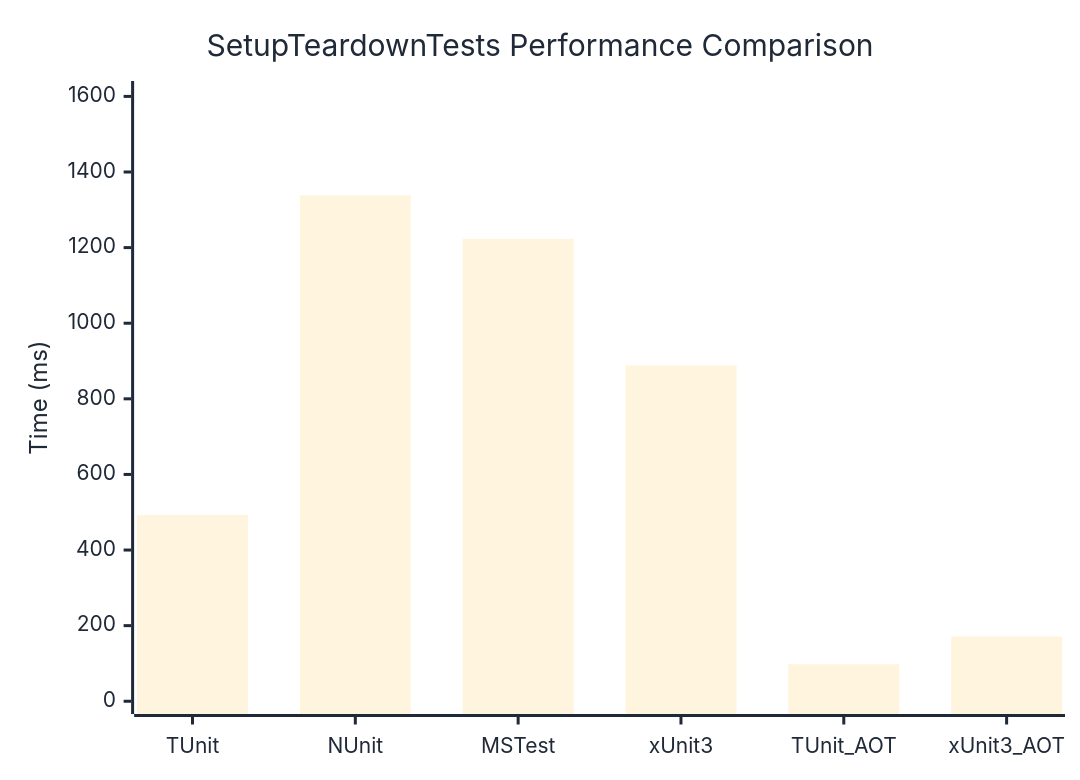
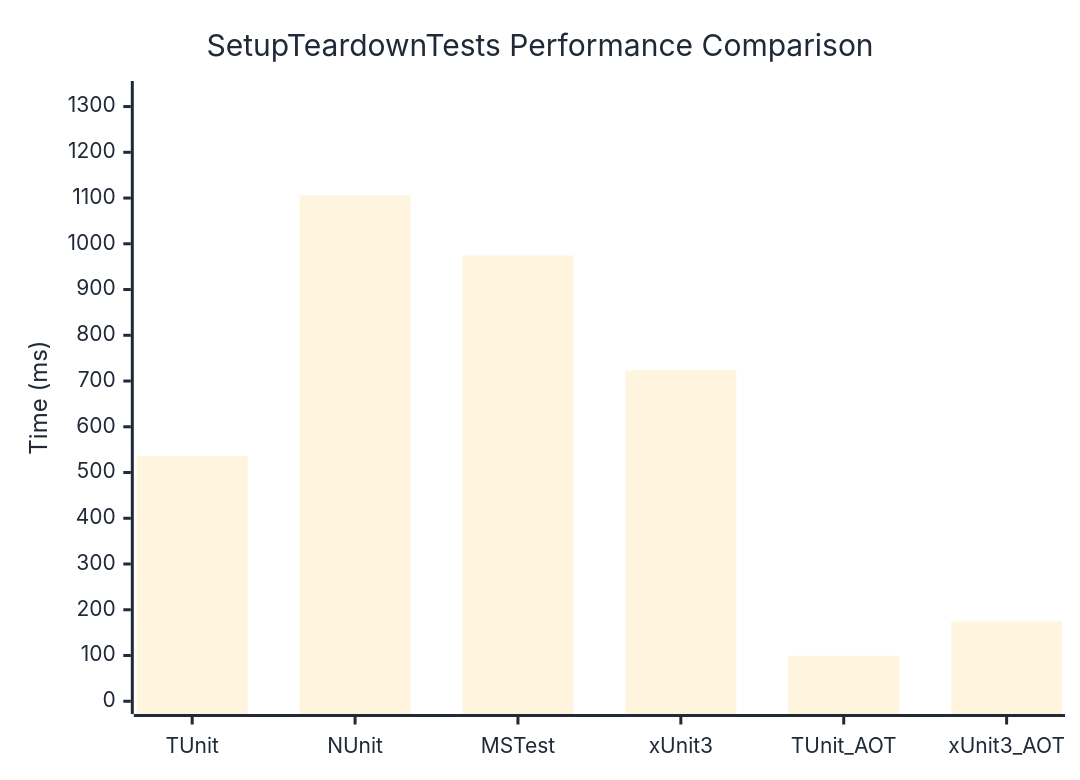
Before and after one commit to thomhurst/TUnit: the diagram in docs/docs/benchmarks/engine/SetupTeardownTests.md, drawn with Mermaid. The commit also changed other lines of this file and 17 other files, not shown here.

````diff
--- a/docs/docs/benchmarks/engine/SetupTeardownTests.md
+++ b/docs/docs/benchmarks/engine/SetupTeardownTests.md
@@ -30,37 +30,37 @@
 ```mermaid
 %%{init: {
   'theme':'base',
   'themeVariables': {
     'primaryColor': '#2563eb',
     'primaryTextColor': '#1f2937',
     'primaryBorderColor': '#1e40af',
     'lineColor': '#6b7280',
     'secondaryColor': '#7c3aed',
     'tertiaryColor': '#dc2626',
     'background': '#ffffff',
     'mainBkg': '#2563eb',
     'secondBkg': '#7c3aed',
     'tertiaryBkg': '#dc2626',
     'clusterBkg': '#f3f4f6',
     'edgeLabelBackground': '#ffffff',
     'tertiaryTextColor': '#1f2937',
     'pie1': '#2563eb',
     'pie2': '#7c3aed',
     'pie3': '#dc2626',
     'pie4': '#f59e0b',
     'pie5': '#10b981',
     'pie6': '#06b6d4',
     'pie7': '#ec4899',
     'pie8': '#6366f1',
     'pie9': '#84cc16',
     'pie10': '#f97316',
     'pie11': '#14b8a6',
     'pie12': '#a855f7'
   }
 }}%%
 xychart-beta
   title "SetupTeardownTests Performance Comparison"
   x-axis ["TUnit", "NUnit", "MSTest", "xUnit3", "TUnit_AOT", "xUnit3_AOT"]
-  y-axis "Time (ms)" 0 --> 1607
-  bar [492.58, 1338.37, 1223.28, 888.97, 97.8, 171.34]
+  y-axis "Time (ms)" 0 --> 1328
+  bar [536.23, 1106.07, 974.33, 723.51, 99.36, 174.2]
 ```
````
